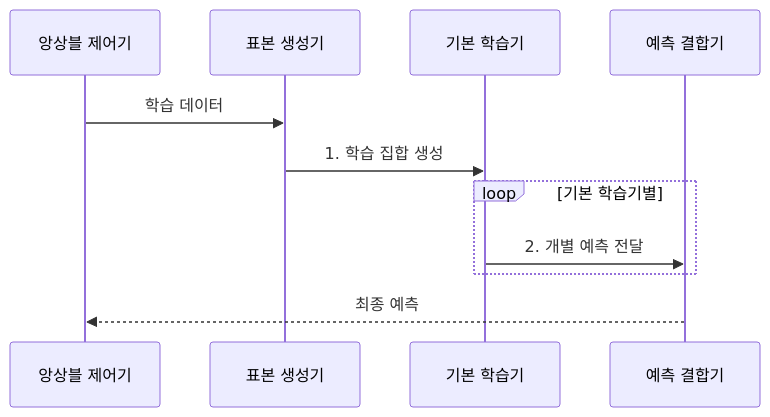
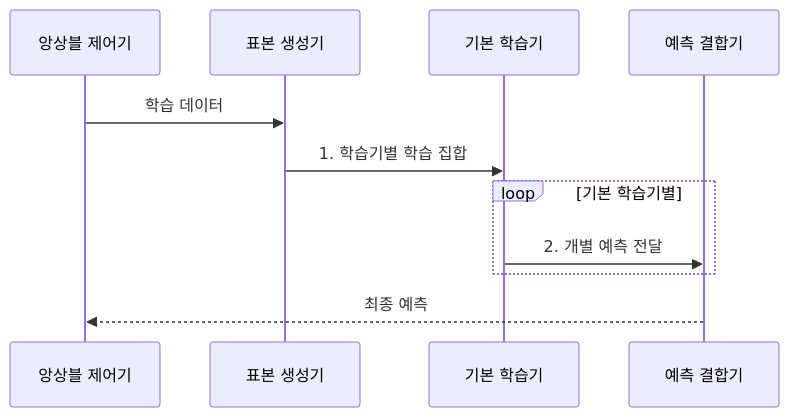
One commit to agnusdei1207/knowledge-base changed the second of 2 diagrams in src/content/docs/notes/01-basic-theory/052_ensemble_learning.md. Above: the diagram before and after it, drawn with Mermaid. The commit also changed other lines of this file and 17 other files, not shown here.

````diff
--- a/src/content/docs/notes/01-basic-theory/052_ensemble_learning.md
+++ b/src/content/docs/notes/01-basic-theory/052_ensemble_learning.md
@@ -79,13 +81,13 @@
 ```mermaid
 sequenceDiagram
     participant T as 앙상블 제어기
     participant S as 표본 생성기
     participant B as 기본 학습기
     participant A as 예측 결합기
     T->>S: 학습 데이터
-    S->>B: 1. 학습 집합 생성
+    S->>B: 1. 학습기별 학습 집합
     loop 기본 학습기별
         B->>A: 2. 개별 예측 전달
     end
     A-->>T: 최종 예측
 ```
````
